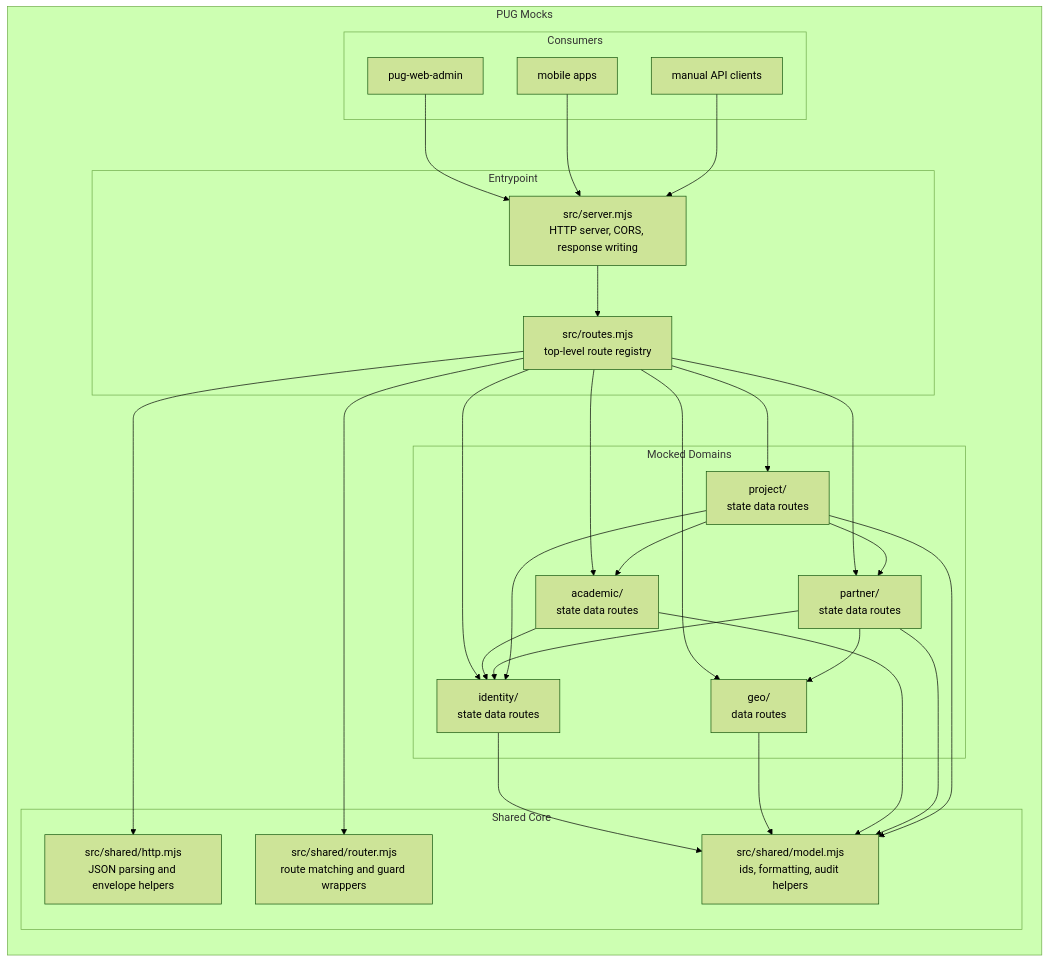
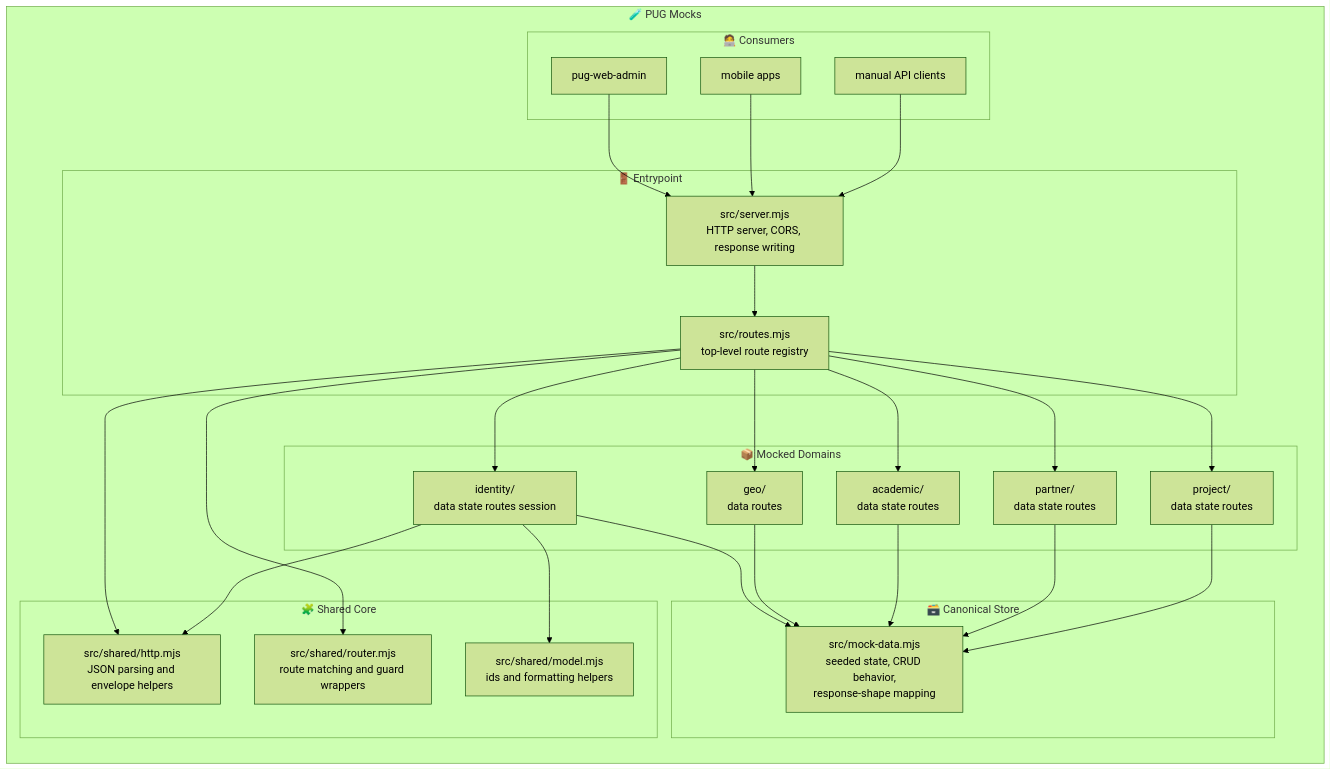
One commit to Plataforma-Universidade-Gratuita/pug-docs changed the second of 7 diagrams in pug-mocks/README.md. Above: the diagram before and after it, drawn with Mermaid (forest theme). The commit also changed other lines of this file and 2 other files, not shown here.

Commit message:
PUG-266: Update api contract III + add assets;

````diff
--- a/pug-mocks/README.md
+++ b/pug-mocks/README.md
@@ -61,54 +62,54 @@
 ```mermaid
 graph TB
-    subgraph APP["PUG Mocks"]
+    subgraph APP["🧪 PUG Mocks"]
         direction TB
 
-        subgraph ENTRY["Entrypoint"]
+        subgraph ENTRY["🚪 Entrypoint"]
             SERVER["src/server.mjs<br/>HTTP server, CORS, response writing"]
             ROUTES["src/routes.mjs<br/>top-level route registry"]
         end
 
-        subgraph SHARED["Shared Core"]
+        subgraph SHARED["🧩 Shared Core"]
             HTTP["src/shared/http.mjs<br/>JSON parsing and envelope helpers"]
             ROUTER["src/shared/router.mjs<br/>route matching and guard wrappers"]
-            MODEL["src/shared/model.mjs<br/>ids, formatting, audit helpers"]
+            MODEL["src/shared/model.mjs<br/>ids and formatting helpers"]
         end
 
-        subgraph DOMAINS["Mocked Domains"]
-            IDENTITY["identity/<br/>state data routes"]
-            GEO["geo/<br/>data routes"]
-            ACADEMIC["academic/<br/>state data routes"]
-            PARTNER["partner/<br/>state data routes"]
-            PROJECT["project/<br/>state data routes"]
+        subgraph STORE["🗃️ Canonical Store"]
+            MOCKDATA["src/mock-data.mjs<br/>seeded state, CRUD behavior,<br/>response-shape mapping"]
         end
 
-        subgraph CONSUMERS["Consumers"]
+        subgraph DOMAINS["📦 Mocked Domains"]
+            IDENTITY["identity/<br/>data state routes session"]
+            GEO["geo/<br/>data routes"]
+            ACADEMIC["academic/<br/>data state routes"]
+            PARTNER["partner/<br/>data state routes"]
+            PROJECT["project/<br/>data state routes"]
+        end
+
+        subgraph CONSUMERS["🧑‍💻 Consumers"]
             WEB["pug-web-admin"]
             MOBILE["mobile apps"]
             MANUAL["manual API clients"]
         end
     end
 
     SERVER --> ROUTES
     ROUTES --> HTTP
     ROUTES --> ROUTER
     ROUTES --> IDENTITY
     ROUTES --> GEO
     ROUTES --> ACADEMIC
     ROUTES --> PARTNER
     ROUTES --> PROJECT
+    IDENTITY --> MOCKDATA
     IDENTITY --> MODEL
-    GEO --> MODEL
-    ACADEMIC --> MODEL
-    ACADEMIC --> IDENTITY
-    PARTNER --> MODEL
-    PARTNER --> GEO
-    PARTNER --> IDENTITY
-    PROJECT --> MODEL
-    PROJECT --> ACADEMIC
-    PROJECT --> PARTNER
-    PROJECT --> IDENTITY
+    IDENTITY --> HTTP
+    GEO --> MOCKDATA
+    ACADEMIC --> MOCKDATA
+    PARTNER --> MOCKDATA
+    PROJECT --> MOCKDATA
     WEB --> SERVER
     MOBILE --> SERVER
     MANUAL --> SERVER
 ```
````
